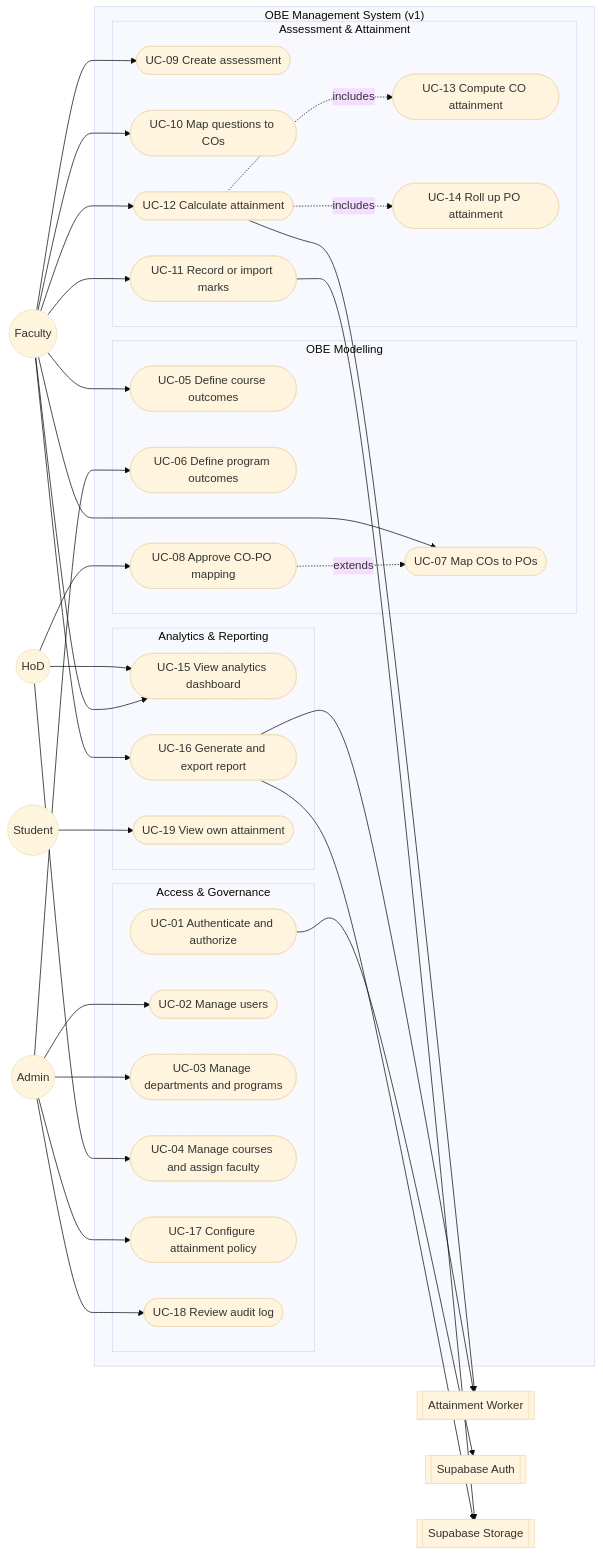
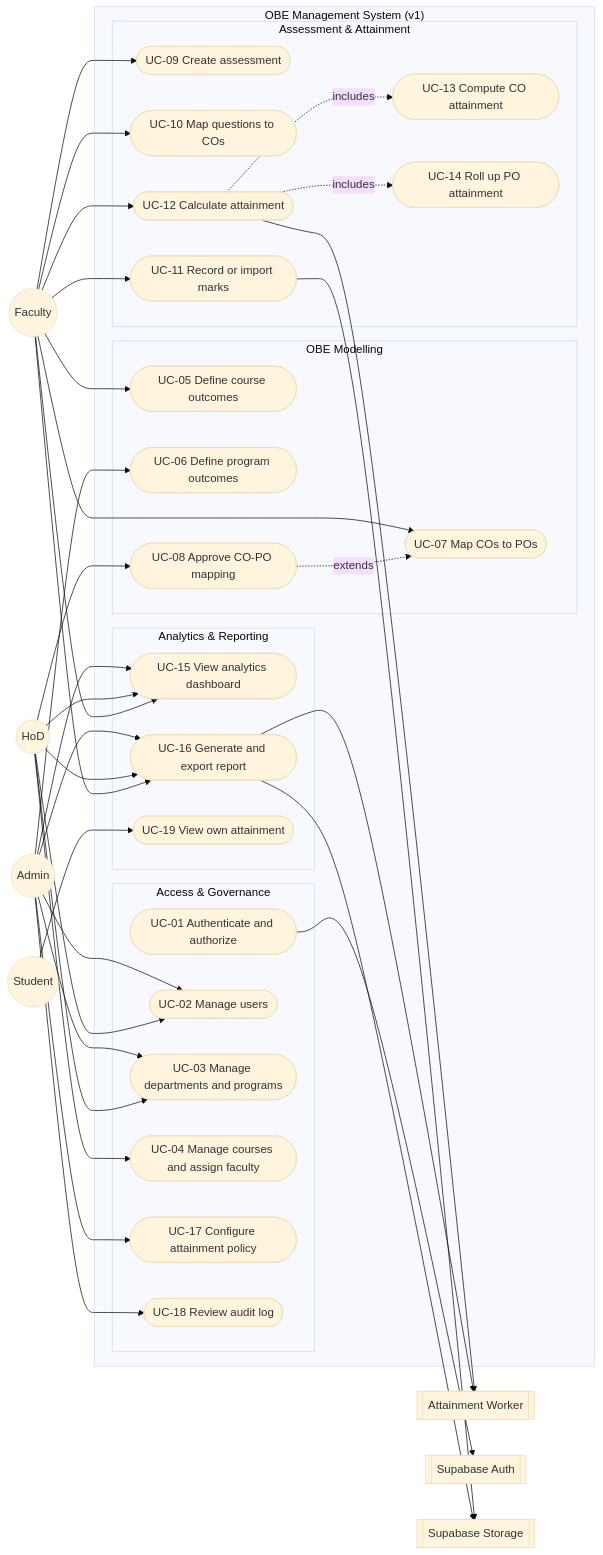
Before and after one commit to harshh-debug/2026-2027_IT-B_20240110085: the diagram in EX5README.md, drawn with Mermaid (base theme). The commit also changed other lines of this file, not shown here.

````diff
--- a/EX5README.md
+++ b/EX5README.md
@@ -33,71 +33,76 @@
 ```mermaid
 flowchart LR
     Admin(("Admin"))
     HoD(("HoD"))
     Faculty(("Faculty"))
     Student(("Student"))
     Worker[["Attainment Worker"]]
     Auth[["Supabase Auth"]]
     Storage[["Supabase Storage"]]
 
     subgraph SYS["OBE Management System (v1)"]
         subgraph ACCESS["Access & Governance"]
             UC01(["UC-01 Authenticate and authorize"])
             UC02(["UC-02 Manage users"])
             UC03(["UC-03 Manage departments and programs"])
             UC04(["UC-04 Manage courses and assign faculty"])
             UC17(["UC-17 Configure attainment policy"])
             UC18(["UC-18 Review audit log"])
         end
         subgraph MODEL["OBE Modelling"]
             UC05(["UC-05 Define course outcomes"])
             UC06(["UC-06 Define program outcomes"])
             UC07(["UC-07 Map COs to POs"])
             UC08(["UC-08 Approve CO-PO mapping"])
         end
         subgraph ASSESS["Assessment & Attainment"]
             UC09(["UC-09 Create assessment"])
             UC10(["UC-10 Map questions to COs"])
             UC11(["UC-11 Record or import marks"])
             UC12(["UC-12 Calculate attainment"])
             UC13(["UC-13 Compute CO attainment"])
             UC14(["UC-14 Roll up PO attainment"])
         end
         subgraph REPORT["Analytics & Reporting"]
             UC15(["UC-15 View analytics dashboard"])
             UC16(["UC-16 Generate and export report"])
             UC19(["UC-19 View own attainment"])
         end
     end
 
     Admin --> UC02
     Admin --> UC03
     Admin --> UC06
+    Admin --> UC15
+    Admin --> UC16
     Admin --> UC17
     Admin --> UC18
 
+    HoD --> UC02
+    HoD --> UC03
     HoD --> UC04
     HoD --> UC08
     HoD --> UC15
+    HoD --> UC16
 
     Faculty --> UC05
     Faculty --> UC07
     Faculty --> UC09
     Faculty --> UC10
     Faculty --> UC11
     Faculty --> UC12
     Faculty --> UC15
     Faculty --> UC16
 
     Student --> UC19
 
     UC01 --> Auth
     UC11 --> Storage
     UC16 --> Storage
     UC12 --> Worker
     UC16 --> Worker
 
     UC12 -.->|includes| UC13
     UC12 -.->|includes| UC14
     UC08 -.->|extends| UC07
 ```
````
